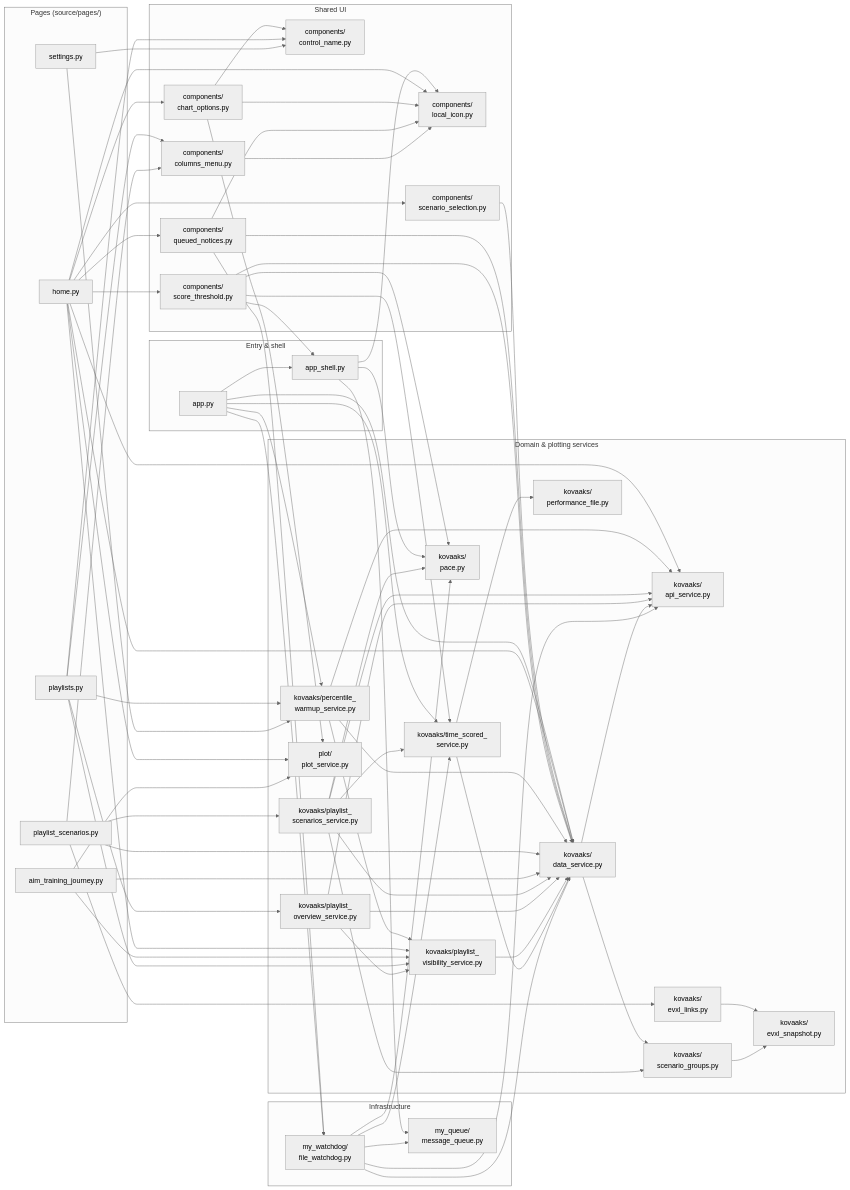
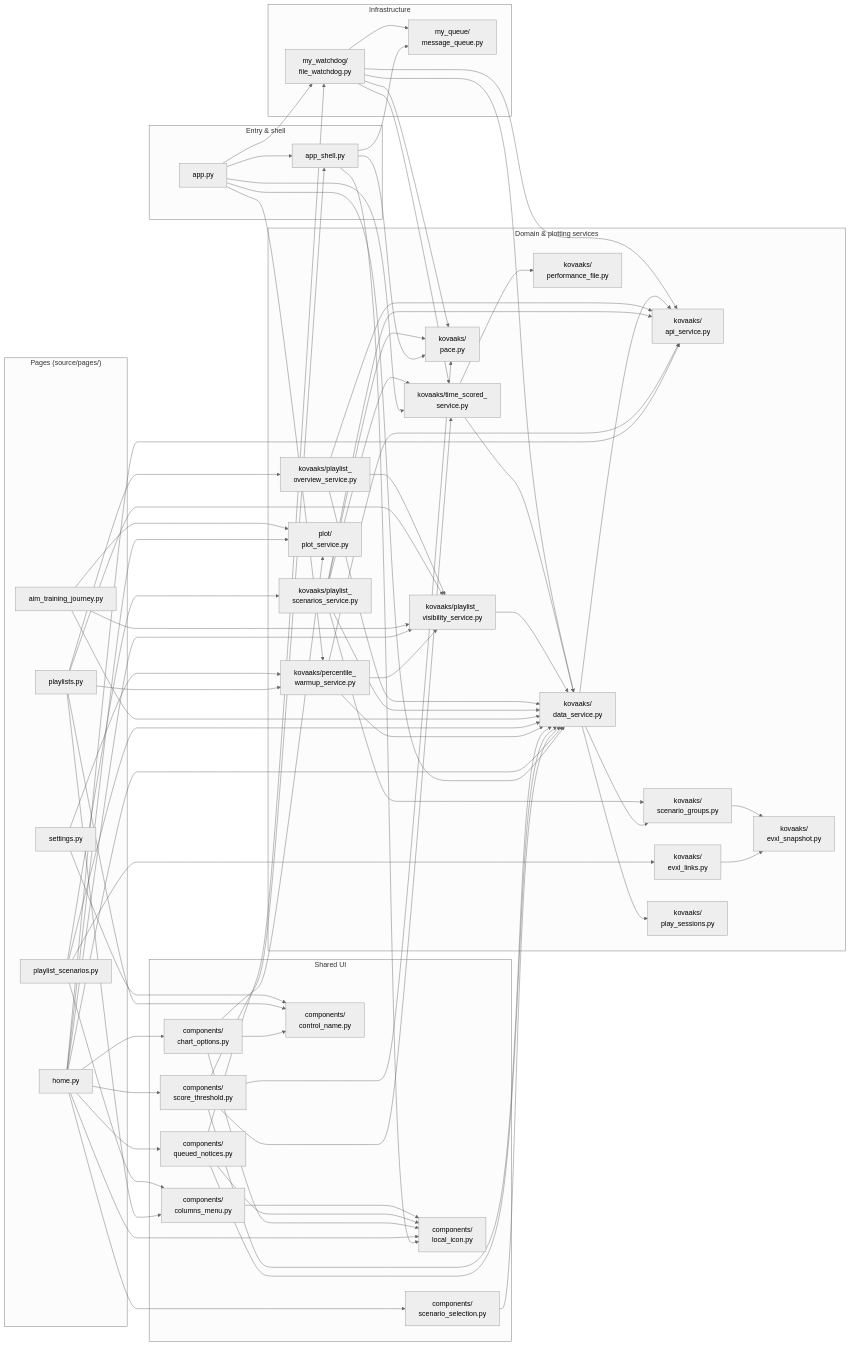
Before and after one commit to MingoDynasty/Corporate-Serf-Dashboard: the third of 3 diagrams in docs/architecture.md, drawn with Mermaid (neutral theme). The commit also changed other lines of this file and 8 other files, not shown here.

```diff
--- a/docs/architecture.md
+++ b/docs/architecture.md
@@ -262,6 +262,7 @@
         EvxlLinks["kovaaks/<br/>evxl_links.py"]
         EvxlSnapshot["kovaaks/<br/>evxl_snapshot.py"]
         ScenarioGroups["kovaaks/<br/>scenario_groups.py"]
+        PlaySessions["kovaaks/<br/>play_sessions.py"]
         PlotService["plot/<br/>plot_service.py"]
     end
 
@@ -314,6 +315,7 @@
     EvxlLinks --> EvxlSnapshot
     ScenarioGroups --> EvxlSnapshot
     DataService --> ScenarioGroups
+    DataService --> PlaySessions
     PlaylistService --> ScenarioGroups
     Journey --> DataService
     Journey --> PlotService
```
